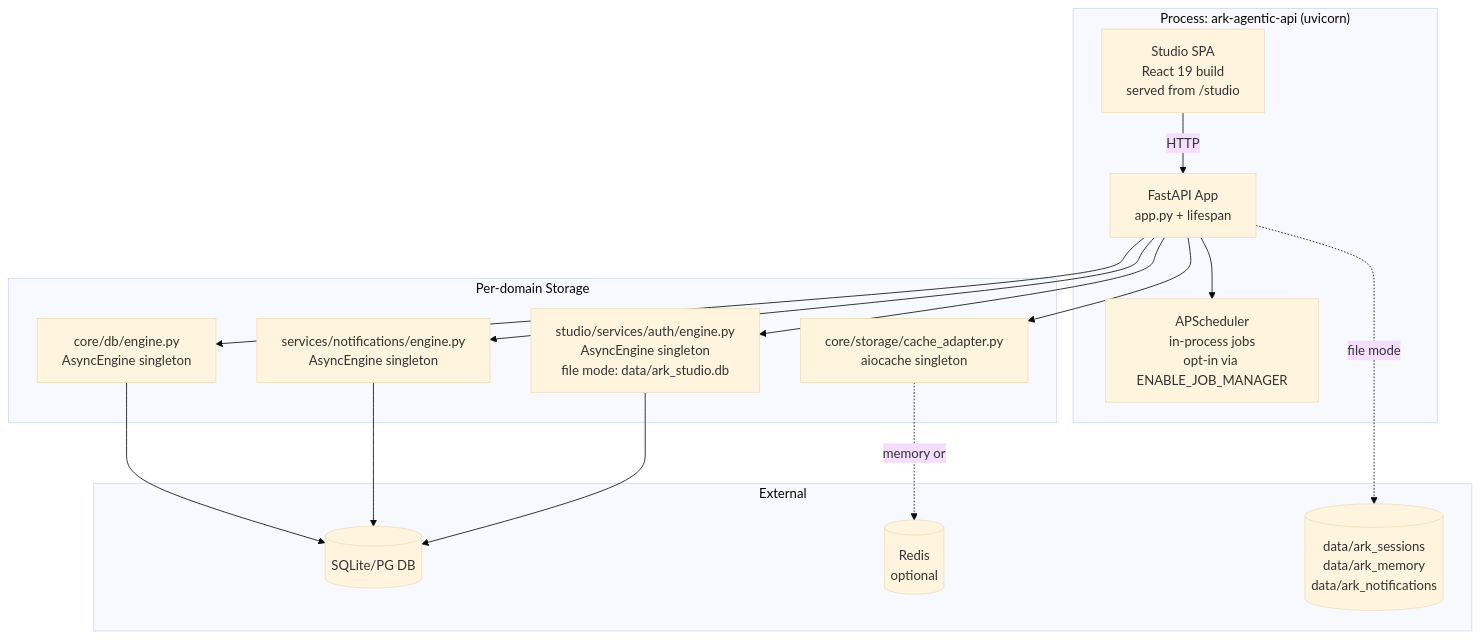
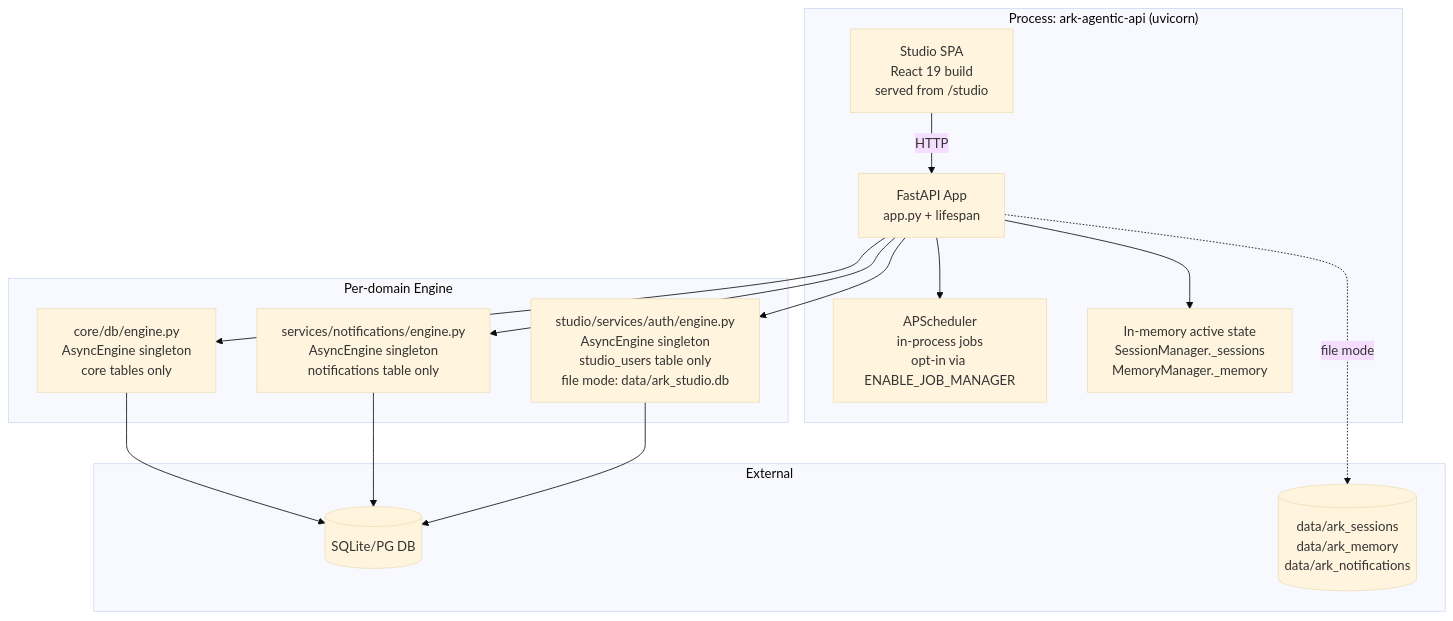
The second of 13 diagrams in docs/architecture-c4.md (YU-JI-KUI/ark-agentic), drawn with Mermaid (base theme) before and after one commit. The commit also changed other lines of this file, not shown here.

First line of the commit message:
docs: refresh C4 diagrams for cache removal + per-feature DeclarativeBase

````diff
--- a/docs/architecture-c4.md
+++ b/docs/architecture-c4.md
@@ -49,35 +54,33 @@
 ```mermaid
 graph TB
     subgraph "Process: ark-agentic-api (uvicorn)"
         FastAPI[FastAPI App<br/>app.py + lifespan]
         Studio[Studio SPA<br/>React 19 build<br/>served from /studio]
         Scheduler[APScheduler<br/>in-process jobs<br/>opt-in via ENABLE_JOB_MANAGER]
+        Mirrors[In-memory active state<br/>SessionManager._sessions<br/>MemoryManager._memory]
     end
 
-    subgraph "Per-domain Storage"
-        CoreEngine[core/db/engine.py<br/>AsyncEngine singleton]
-        NotifEngine[services/notifications/engine.py<br/>AsyncEngine singleton]
-        StudioEngine[studio/services/auth/engine.py<br/>AsyncEngine singleton<br/>file mode: data/ark_studio.db]
-        CacheS[core/storage/cache_adapter.py<br/>aiocache singleton]
+    subgraph "Per-domain Engine"
+        CoreEngine[core/db/engine.py<br/>AsyncEngine singleton<br/>core tables only]
+        NotifEngine[services/notifications/engine.py<br/>AsyncEngine singleton<br/>notifications table only]
+        StudioEngine[studio/services/auth/engine.py<br/>AsyncEngine singleton<br/>studio_users table only<br/>file mode: data/ark_studio.db]
     end
 
     subgraph "External"
         SQLite[(SQLite/PG DB)]
-        Redis[(Redis<br/>optional)]
         DataDir[(data/ark_sessions<br/>data/ark_memory<br/>data/ark_notifications)]
     end
 
     FastAPI --> CoreEngine
     FastAPI --> NotifEngine
     FastAPI --> StudioEngine
-    FastAPI --> CacheS
+    FastAPI --> Mirrors
     FastAPI --> Scheduler
 
     CoreEngine --> SQLite
     NotifEngine --> SQLite
     StudioEngine --> SQLite
-    CacheS -.memory or.-> Redis
     FastAPI -.file mode.-> DataDir
 
     Studio -->|HTTP| FastAPI
 ```
````
